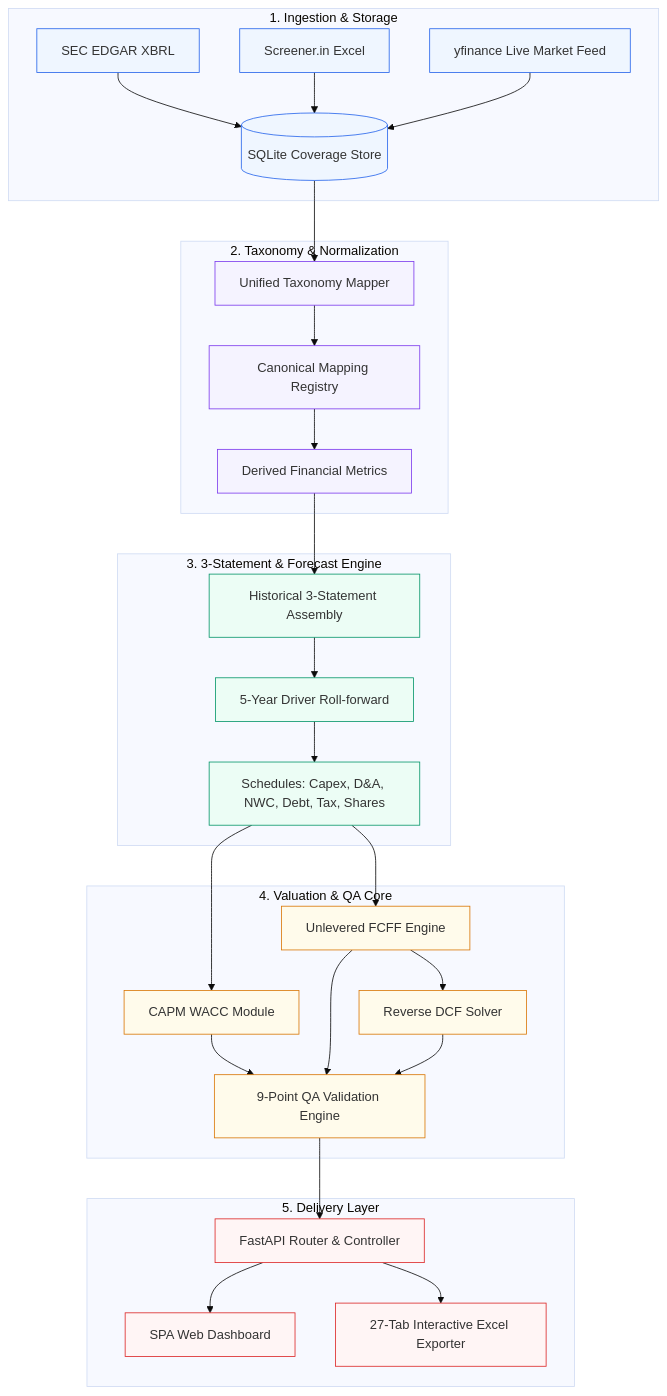
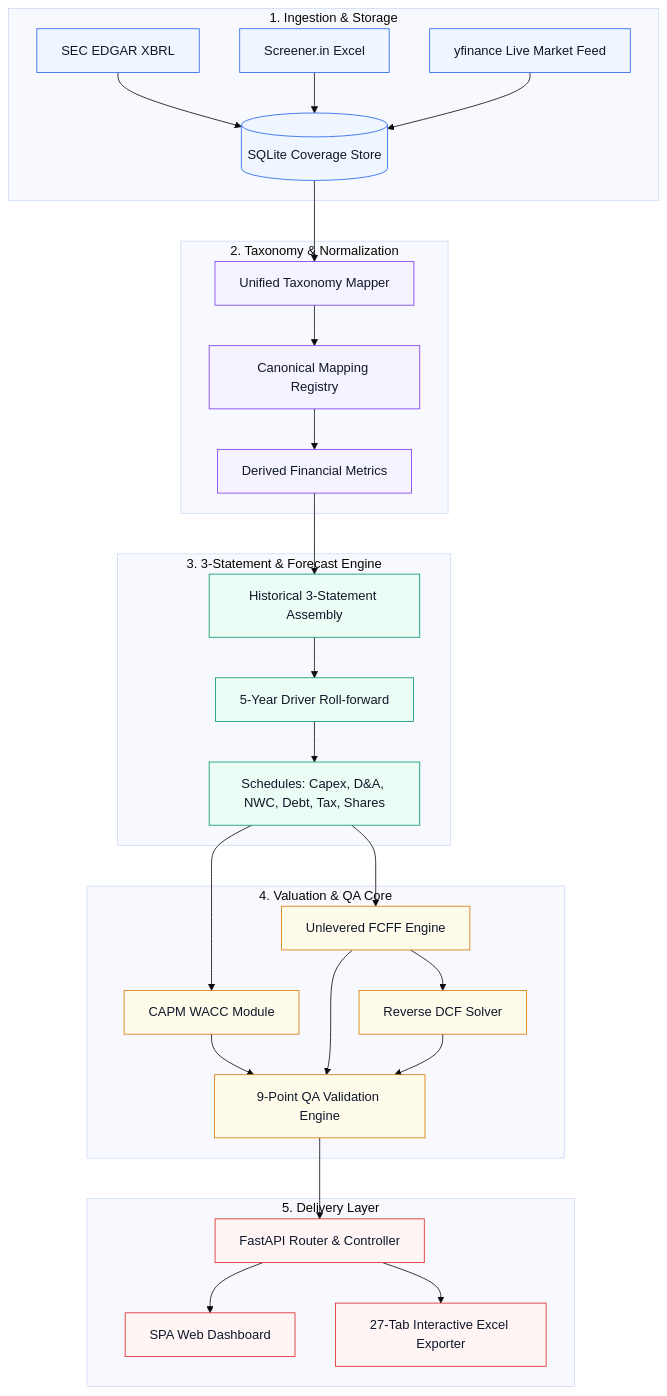
One commit to karbburn/Valence changed the diagram in README.md. Above: the diagram before and after it, drawn with Mermaid (base theme).

Commit message:
docs: fix text contrast in system architecture diagram

````diff
--- a/README.md
+++ b/README.md
@@ -25,58 +25,58 @@
 ```mermaid
 flowchart TB
     subgraph Ingestion["1. Ingestion & Storage"]
         A1[SEC EDGAR XBRL]
         A2[Screener.in Excel]
         A3[yfinance Live Market Feed]
         Store[(SQLite Coverage Store)]
         A1 & A2 & A3 --> Store
     end
 
     subgraph Normalization["2. Taxonomy & Normalization"]
         Mapping[Unified Taxonomy Mapper]
         Canonical[Canonical Mapping Registry]
         Derivation[Derived Financial Metrics]
         Store --> Mapping
         Mapping --> Canonical
         Canonical --> Derivation
     end
 
     subgraph CoreEngine["3. 3-Statement & Forecast Engine"]
         Hist[Historical 3-Statement Assembly]
         Fcst[5-Year Driver Roll-forward]
         Schedules[Schedules: Capex, D&A, NWC, Debt, Tax, Shares]
         Derivation --> Hist
         Hist --> Fcst
         Fcst --> Schedules
     end
 
     subgraph ValuationQA["4. Valuation & QA Core"]
         WACC[CAPM WACC Module]
         DCF[Unlevered FCFF Engine]
         Reverse[Reverse DCF Solver]
         QA[9-Point QA Validation Engine]
         Schedules --> WACC & DCF
         DCF --> Reverse
         WACC & DCF & Reverse --> QA
     end
 
     subgraph Delivery["5. Delivery Layer"]
         API[FastAPI Router & Controller]
         Web[SPA Web Dashboard]
         Excel[27-Tab Interactive Excel Exporter]
         QA --> API
         API --> Web
         API --> Excel
     end
 
-    classDef ing fill:#EFF6FF,stroke:#2563EB,stroke-width:1px;
-    classDef norm fill:#F5F3FF,stroke:#7C3AED,stroke-width:1px;
-    classDef core fill:#ECFDF5,stroke:#059669,stroke-width:1px;
-    classDef val fill:#FFFBEB,stroke:#D97706,stroke-width:1px;
-    classDef del fill:#FFF5F5,stroke:#DC2626,stroke-width:1px;
+    classDef ing fill:#EFF6FF,stroke:#2563EB,stroke-width:1px,color:#0f172a;
+    classDef norm fill:#F5F3FF,stroke:#7C3AED,stroke-width:1px,color:#0f172a;
+    classDef core fill:#ECFDF5,stroke:#059669,stroke-width:1px,color:#0f172a;
+    classDef val fill:#FFFBEB,stroke:#D97706,stroke-width:1px,color:#0f172a;
+    classDef del fill:#FFF5F5,stroke:#DC2626,stroke-width:1px,color:#0f172a;
     class A1,A2,A3,Store ing;
     class Mapping,Canonical,Derivation norm;
     class Hist,Fcst,Schedules core;
     class WACC,DCF,Reverse,QA val;
     class API,Web,Excel del;
 ```
````
